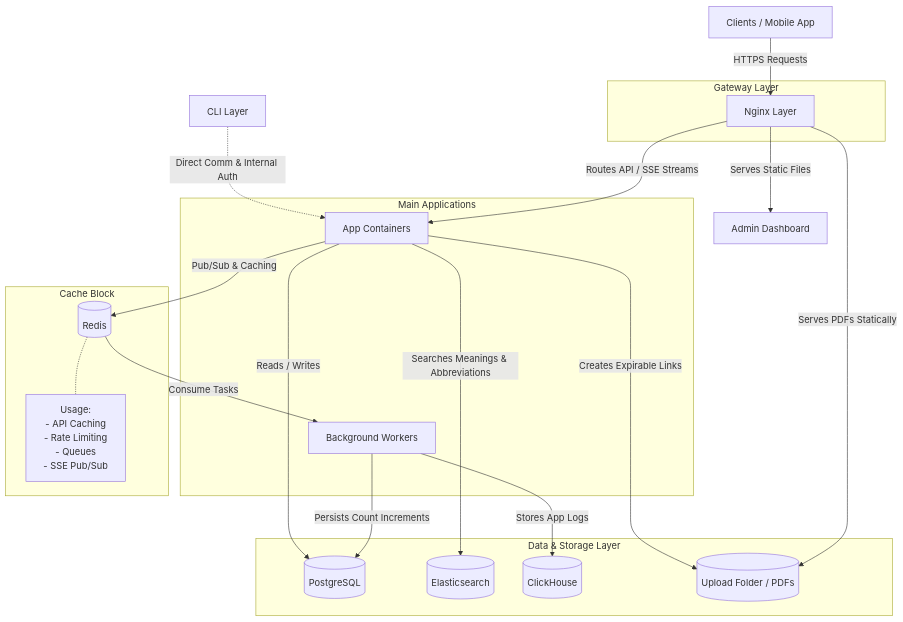
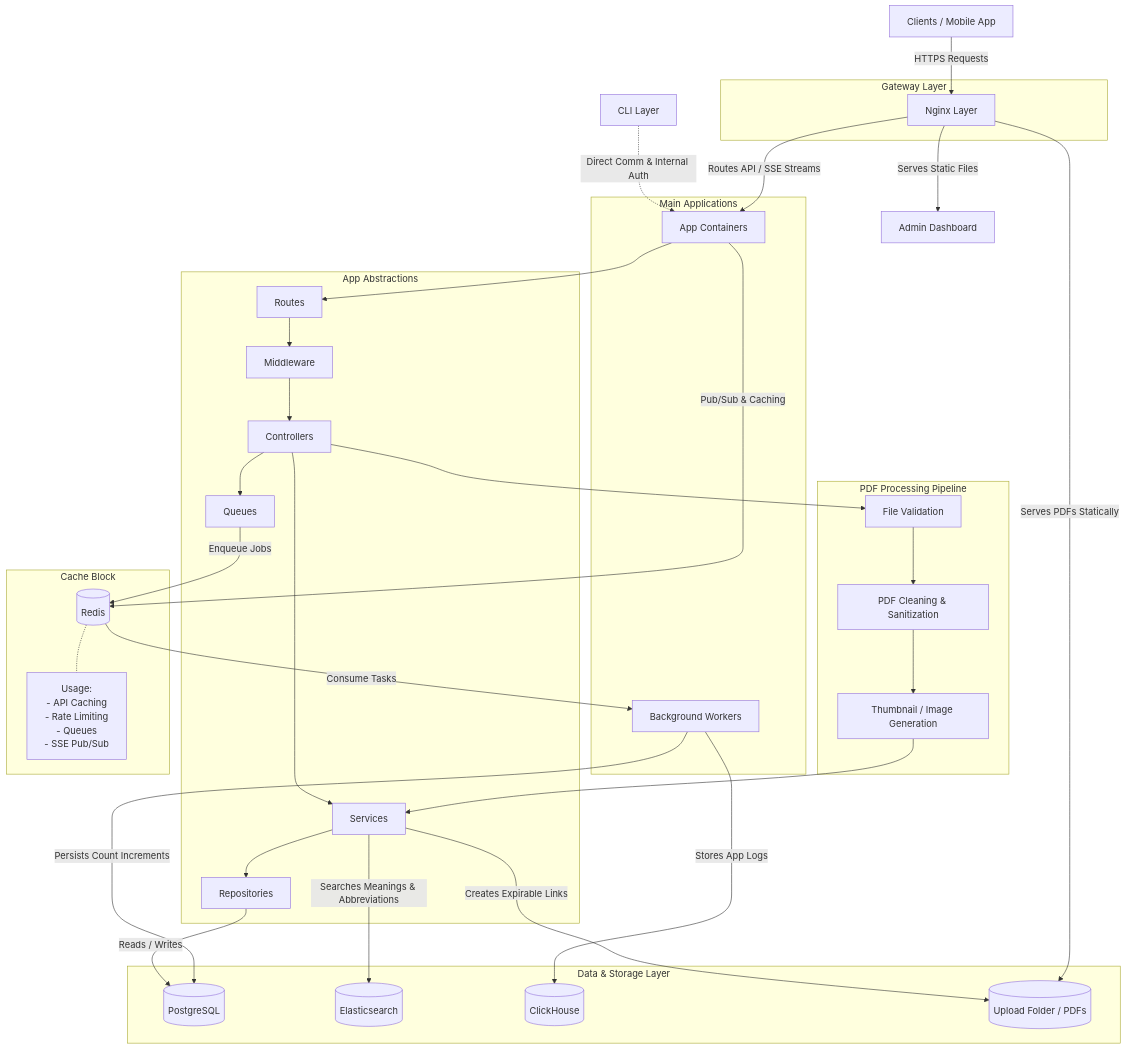
One commit to Nishant040305/IAF changed the diagram in README.md. Above: the diagram before and after it, drawn with Mermaid. The commit also changed 1 other file, not shown here.

Commit message:
chore: update README.md file

````diff
--- a/README.md
+++ b/README.md
@@ -92,45 +92,66 @@
 ```mermaid
 graph TD
     %% Client interfaces
     Client["Clients / Mobile App"] -->|"HTTPS Requests"| Nginx["Nginx Layer"]
     CLI["CLI Layer"] -.->|"Direct Comm & Internal Auth"| App
-    
+
     %% API Gateway Layer
     subgraph GatewayLayer ["Gateway Layer"]
         Nginx
     end
     Nginx -->|"Serves Static Files"| Admin["Admin Dashboard"]
     Nginx -->|"Routes API / SSE Streams"| App["App Containers"]
-    
-    %% Service Layer
+
+    %% Service Layer (App Abstractions)
     subgraph MainApplications ["Main Applications"]
         App
         Worker["Background Workers"]
     end
-    
+
+    subgraph AppAbstractions ["App Abstractions"]
+        Routes["Routes"]
+        Middleware["Middleware"]
+        Controllers["Controllers"]
+        Services["Services"]
+        Repos["Repositories"]
+        Queues["Queues"]
+    end
+
+    App --> Routes --> Middleware --> Controllers --> Services --> Repos
+    Controllers --> Queues
+
+    %% PDF Processing Abstraction
+    subgraph PdfPipeline ["PDF Processing Pipeline"]
+        Validate["File Validation"]
+        Clean["PDF Cleaning & Sanitization"]
+        Images["Thumbnail / Image Generation"]
+    end
+    Controllers --> Validate --> Clean --> Images --> Services
+
     %% Caching Layer
     subgraph CacheBlock ["Cache Block"]
         Redis[("Redis")]
         note1["Usage:<br/>- API Caching<br/>- Rate Limiting<br/>- Queues<br/>- SSE Pub/Sub"]
         Redis -.- note1
     end
     App -->|"Pub/Sub & Caching"| Redis
+    Queues -->|"Enqueue Jobs"| Redis
     Redis -->|"Consume Tasks"| Worker
-    
+
     %% Storage & Persistence
     subgraph DataStorageLayer ["Data & Storage Layer"]
         DB[("PostgreSQL")]
         Search[("Elasticsearch")]
         Logs[("ClickHouse")]
         Storage[("Upload Folder / PDFs")]
     end
-    
-    App -->|"Reads / Writes"| DB
-    App -->|"Searches Meanings & Abbreviations"| Search
-    App -->|"Creates Expirable Links"| Storage
+
+    Repos -->|"Reads / Writes"| DB
+    Services -->|"Searches Meanings & Abbreviations"| Search
+    Services -->|"Creates Expirable Links"| Storage
     Nginx -->|"Serves PDFs Statically"| Storage
-    
+
     %% Worker tasks
     Worker -->|"Persists Count Increments"| DB
     Worker -->|"Stores App Logs"| Logs
 ```
````
